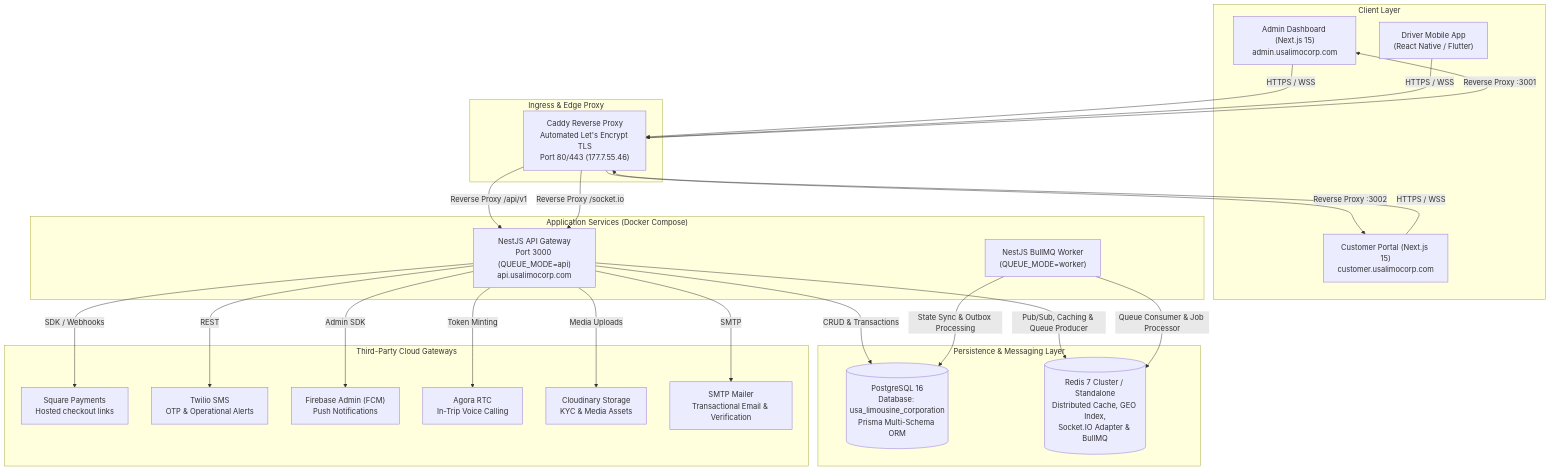
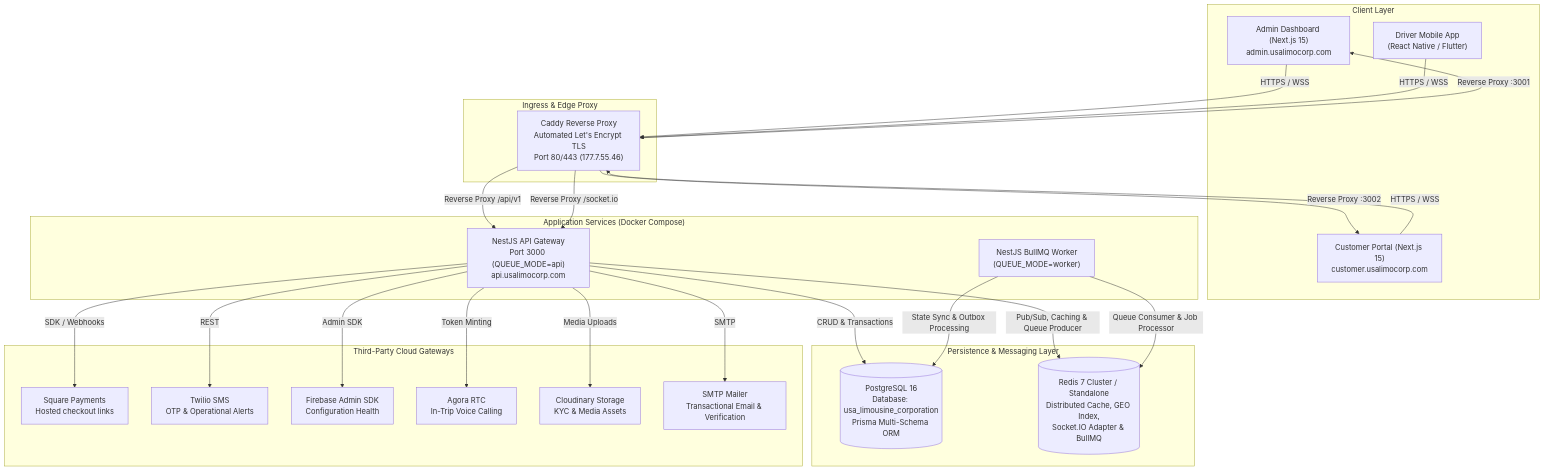
Before and after one commit to bariq49/usa-limousine-corporation: the first of 2 diagrams in docs/architecture/system-overview.md, drawn with Mermaid. The commit also changed other lines of this file and 146 other files, not shown here.

````diff
--- a/docs/architecture/system-overview.md
+++ b/docs/architecture/system-overview.md
@@ -9,52 +9,52 @@
 ```mermaid
 graph TD
     subgraph Clients["Client Layer"]
         AdminWeb["Admin Dashboard (Next.js 15)<br/>admin.usalimocorp.com"]
         CustomerWeb["Customer Portal (Next.js 15)<br/>customer.usalimocorp.com"]
         MobileDriver["Driver Mobile App<br/>(React Native / Flutter)"]
     end
 
     subgraph Ingress["Ingress & Edge Proxy"]
         Caddy["Caddy Reverse Proxy<br/>Automated Let's Encrypt TLS<br/>Port 80/443 (177.7.55.46)"]
     end
 
     subgraph ApplicationLayer["Application Services (Docker Compose)"]
         NestAPI["NestJS API Gateway<br/>Port 3000 (QUEUE_MODE=api)<br/>api.usalimocorp.com"]
         NestWorker["NestJS BullMQ Worker<br/>(QUEUE_MODE=worker)"]
     end
 
     subgraph DataStore["Persistence & Messaging Layer"]
         Postgres[("PostgreSQL 16<br/>Database: usa_limousine_corporation<br/>Prisma Multi-Schema ORM")]
         Redis[("Redis 7 Cluster / Standalone<br/>Distributed Cache, GEO Index,<br/>Socket.IO Adapter & BullMQ")]
     end
 
     subgraph ExternalIntegrations["Third-Party Cloud Gateways"]
         Square["Square Payments<br/>Hosted checkout links"]
         Twilio["Twilio SMS<br/>OTP & Operational Alerts"]
-        Firebase["Firebase Admin (FCM)<br/>Push Notifications"]
+        Firebase["Firebase Admin SDK<br/>Configuration Health"]
         Agora["Agora RTC<br/>In-Trip Voice Calling"]
         Cloudinary["Cloudinary Storage<br/>KYC & Media Assets"]
         SMTP["SMTP Mailer<br/>Transactional Email & Verification"]
     end
 
     AdminWeb -->|HTTPS / WSS| Caddy
     CustomerWeb -->|HTTPS / WSS| Caddy
     MobileDriver -->|HTTPS / WSS| Caddy
 
     Caddy -->|Reverse Proxy /api/v1| NestAPI
     Caddy -->|Reverse Proxy /socket.io| NestAPI
     Caddy -->|Reverse Proxy :3001| AdminWeb
     Caddy -->|Reverse Proxy :3002| CustomerWeb
 
     NestAPI -->|CRUD & Transactions| Postgres
     NestAPI -->|Pub/Sub, Caching & Queue Producer| Redis
     NestWorker -->|Queue Consumer & Job Processor| Redis
     NestWorker -->|State Sync & Outbox Processing| Postgres
 
     NestAPI -->|SDK / Webhooks| Square
     NestAPI -->|REST| Twilio
     NestAPI -->|Admin SDK| Firebase
     NestAPI -->|Token Minting| Agora
     NestAPI -->|Media Uploads| Cloudinary
     NestAPI -->|SMTP| SMTP
 ```
````
